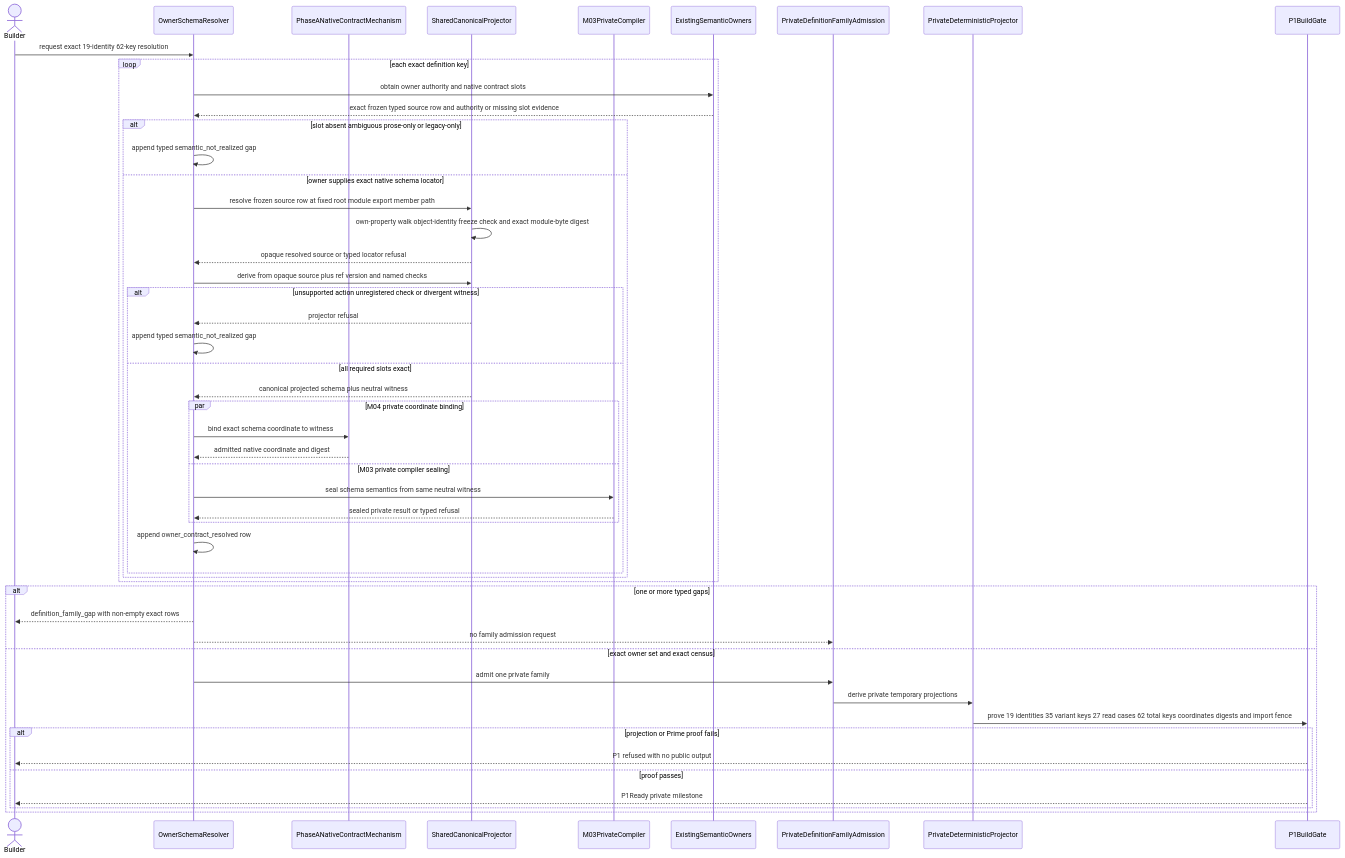
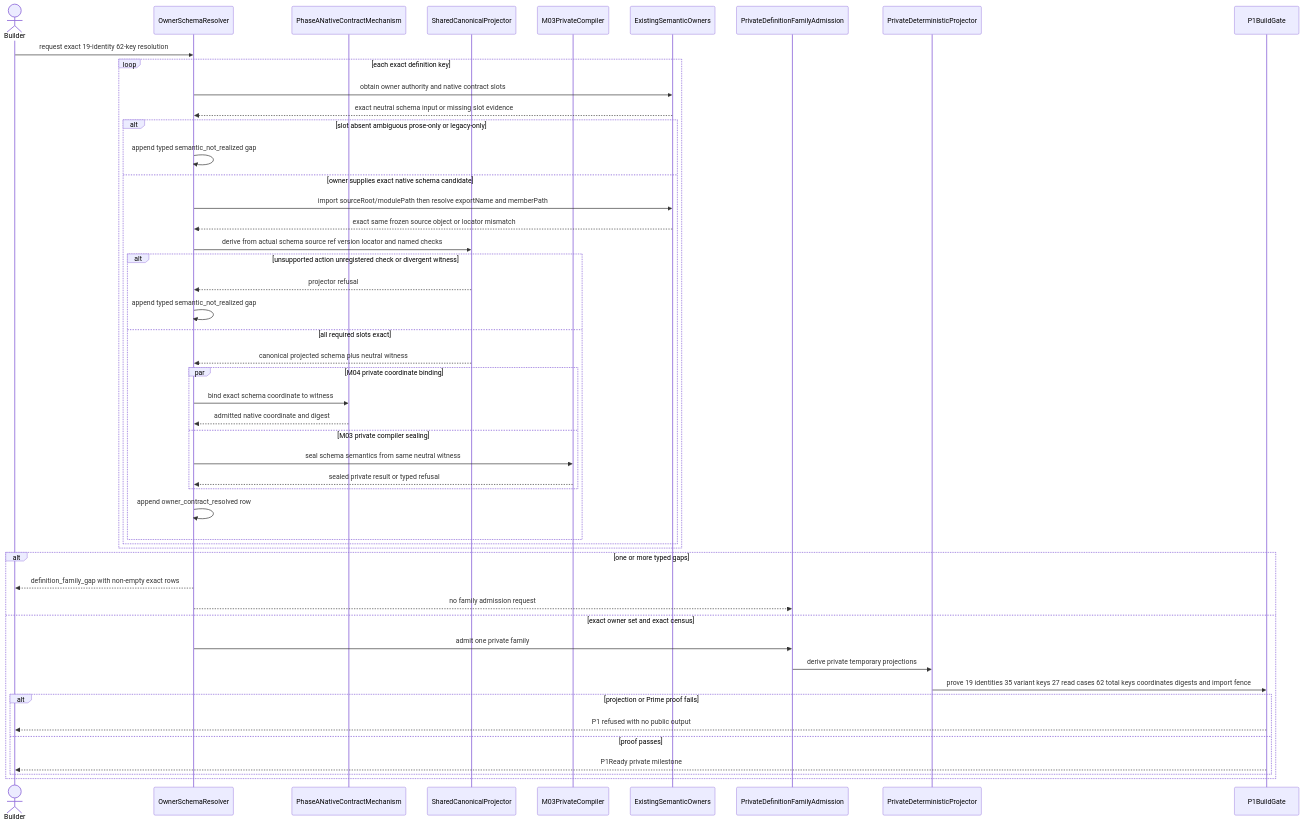
One commit to foolishimp/abiogenesis changed the second of 3 diagrams in build_tenants/abiogenesis/typescript/design/M04_PUBLIC_OPERATION_DEFINITION_FAMILY_BEHAVIOR_DESIGN.md. Above: the diagram before and after it, drawn with Mermaid. The commit also changed other lines of this file and 3 other files, not shown here.

Commit message:
design(t281): reconcile exact P1 candidate basis

````diff
--- a/build_tenants/abiogenesis/typescript/design/M04_PUBLIC_OPERATION_DEFINITION_FAMILY_BEHAVIOR_DESIGN.md
+++ b/build_tenants/abiogenesis/typescript/design/M04_PUBLIC_OPERATION_DEFINITION_FAMILY_BEHAVIOR_DESIGN.md
@@ -1160,53 +1243,52 @@
 ```mermaid
 sequenceDiagram
   actor Builder
   participant Resolver as OwnerSchemaResolver
   participant PhaseA as PhaseANativeContractMechanism
   participant Shared as SharedCanonicalProjector
   participant Compiler as M03PrivateCompiler
   participant Owners as ExistingSemanticOwners
   participant Family as PrivateDefinitionFamilyAdmission
   participant Projector as PrivateDeterministicProjector
   participant Gate as P1BuildGate
 
   Builder->>Resolver: request exact 19-identity 62-key resolution
   loop each exact definition key
     Resolver->>Owners: obtain owner authority and native contract slots
-    Owners-->>Resolver: exact frozen typed source row and authority or missing slot evidence
+    Owners-->>Resolver: exact neutral schema input or missing slot evidence
     alt slot absent ambiguous prose-only or legacy-only
       Resolver->>Resolver: append typed semantic_not_realized gap
-    else owner supplies exact native schema locator
-      Resolver->>Shared: resolve frozen source row at fixed root module export member path
-      Shared->>Shared: own-property walk object-identity freeze check and exact module-byte digest
-      Shared-->>Resolver: opaque resolved source or typed locator refusal
-      Resolver->>Shared: derive from opaque source plus ref version and named checks
+    else owner supplies exact native schema candidate
+      Resolver->>Owners: import sourceRoot/modulePath then resolve exportName and memberPath
+      Owners-->>Resolver: exact same frozen source object or locator mismatch
+      Resolver->>Shared: derive from actual schema source ref version locator and named checks
       alt unsupported action unregistered check or divergent witness
         Shared-->>Resolver: projector refusal
         Resolver->>Resolver: append typed semantic_not_realized gap
       else all required slots exact
         Shared-->>Resolver: canonical projected schema plus neutral witness
         par M04 private coordinate binding
           Resolver->>PhaseA: bind exact schema coordinate to witness
           PhaseA-->>Resolver: admitted native coordinate and digest
         and M03 private compiler sealing
           Resolver->>Compiler: seal schema semantics from same neutral witness
           Compiler-->>Resolver: sealed private result or typed refusal
         end
         Resolver->>Resolver: append owner_contract_resolved row
       end
     end
   end
   alt one or more typed gaps
     Resolver-->>Builder: definition_family_gap with non-empty exact rows
     Resolver-->>Family: no family admission request
   else exact owner set and exact census
     Resolver->>Family: admit one private family
     Family->>Projector: derive private temporary projections
     Projector->>Gate: prove 19 identities 35 variant keys 27 read cases 62 total keys coordinates digests and import fence
     alt projection or Prime proof fails
       Gate-->>Builder: P1 refused with no public output
     else proof passes
       Gate-->>Builder: P1Ready private milestone
     end
   end
 ```
````
